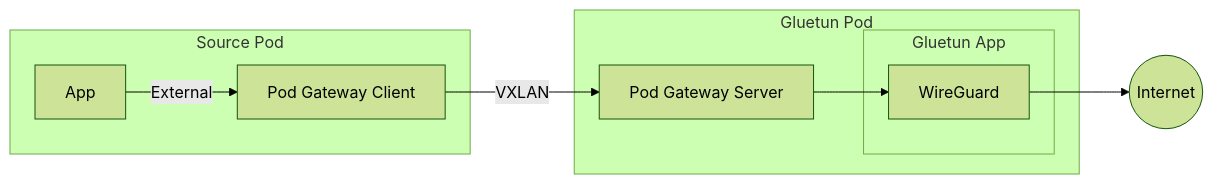
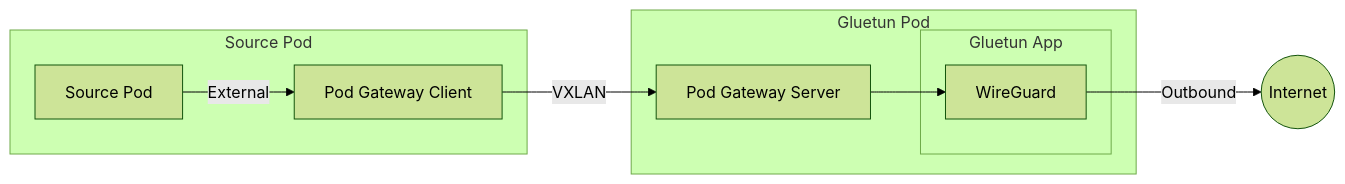
Before and after one commit to charmarr/charmarr: the first of 4 diagrams in docs/security/network.md, drawn with Mermaid (forest theme). The commit also changed other lines of this file and 3 other files, not shown here.

````diff
--- a/docs/security/network.md
+++ b/docs/security/network.md
@@ -19,19 +20,19 @@
 ```mermaid
 flowchart LR
     subgraph Source Pod
-        App[App]
+        SrcPod[Source Pod]
         PGC[Pod Gateway Client]
     end
 
     subgraph Gluetun Pod
         PGS[Pod Gateway Server]
         subgraph Gluetun App
             WG[WireGuard]
         end
     end
 
-    App -->|External| PGC
+    SrcPod -->|External| PGC
     PGC -->|VXLAN| PGS
     PGS --> WG
-    WG --> Internet((Internet))
+    WG -->|Outbound| Internet((Internet))
 ```
````
